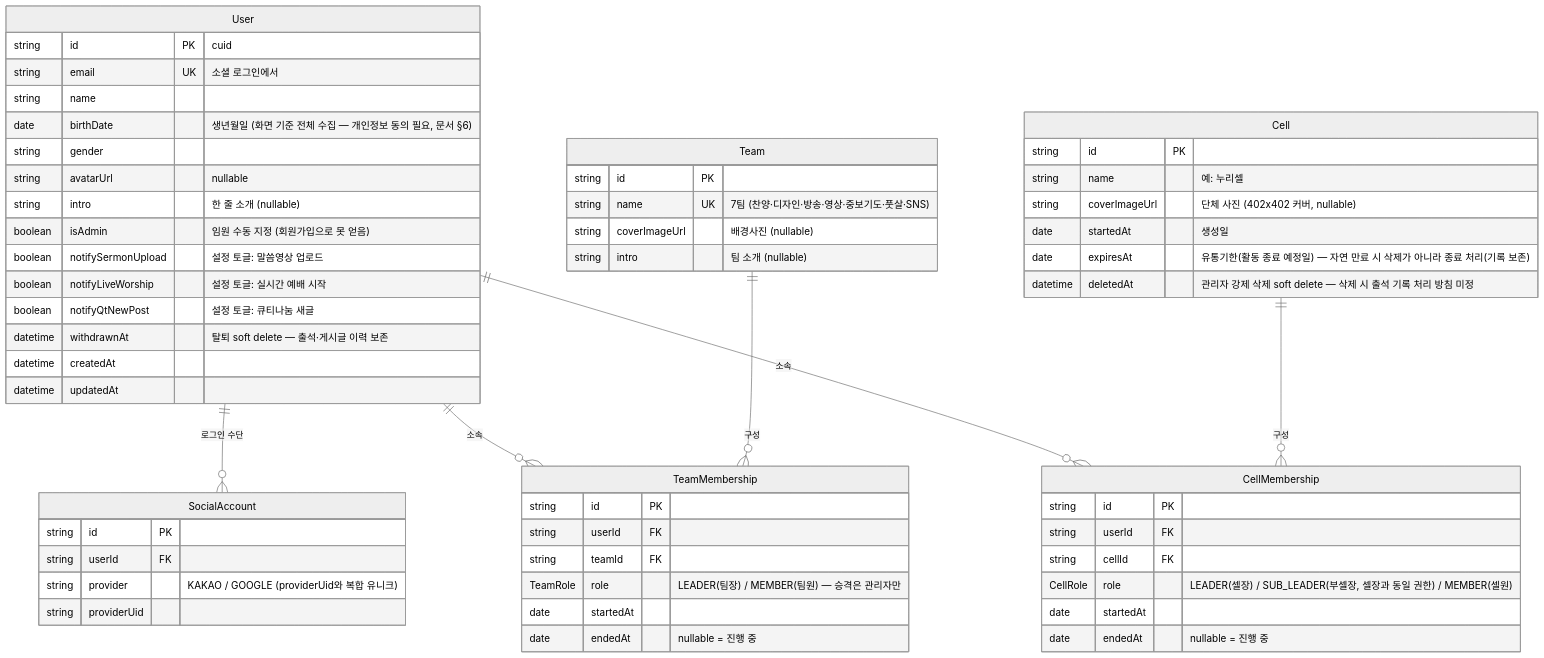
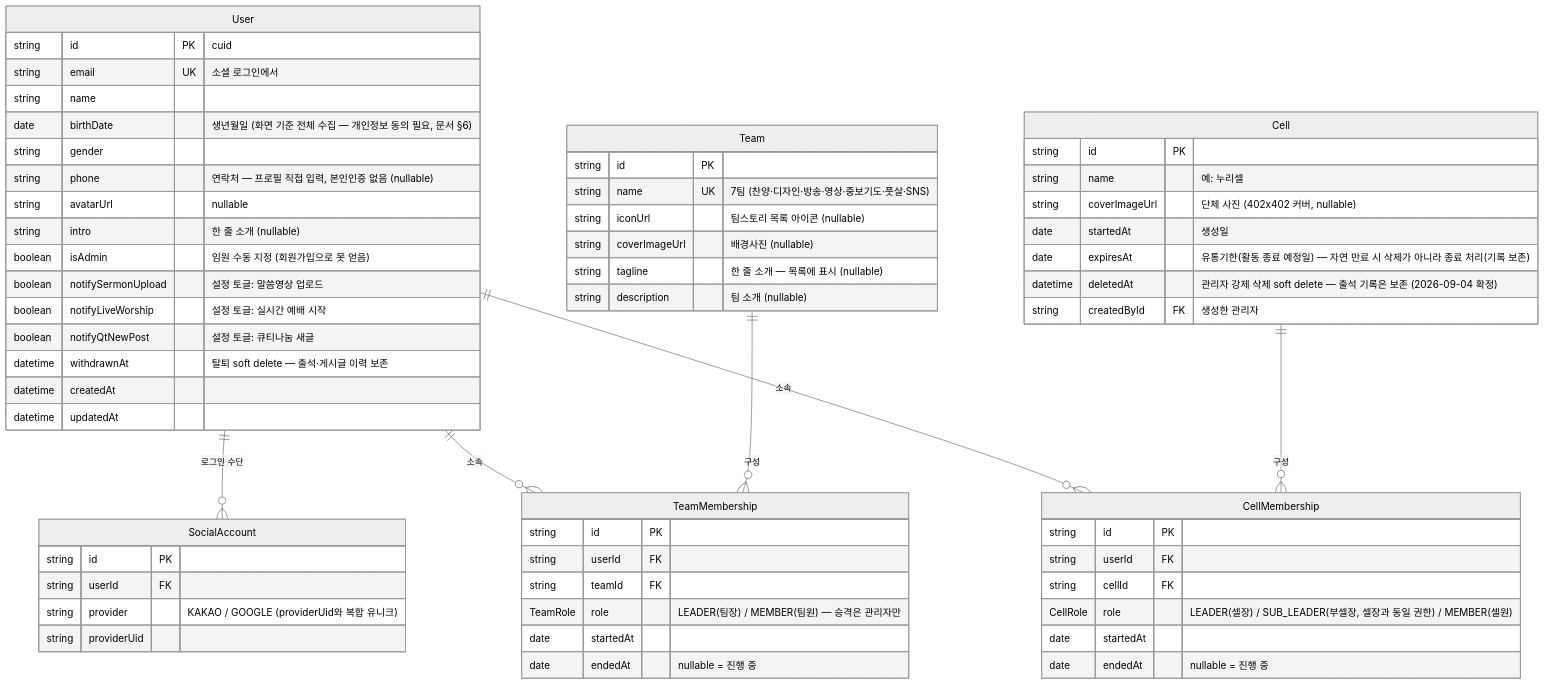
Before and after one commit to Onnuri-church/onnuri-monorepo: the first of 4 diagrams in docs/erd.md, drawn with Mermaid (neutral theme). The commit also changed other lines of this file and 15 other files, not shown here.

First line of the commit message:
SCRUM-123 feat: ERD 확정 반영 - Prisma 스키마 전환 및 로컬 DB 세팅

````diff
--- a/docs/erd.md
+++ b/docs/erd.md
@@ -10,66 +10,70 @@
 ```mermaid
 erDiagram
     User ||--o{ SocialAccount : "로그인 수단"
     User ||--o{ TeamMembership : "소속"
     Team ||--o{ TeamMembership : "구성"
     User ||--o{ CellMembership : "소속"
     Cell ||--o{ CellMembership : "구성"
 
     User {
         string id PK "cuid"
         string email UK "소셜 로그인에서"
         string name
         date birthDate "생년월일 (화면 기준 전체 수집 — 개인정보 동의 필요, 문서 §6)"
         string gender
+        string phone "연락처 — 프로필 직접 입력, 본인인증 없음 (nullable)"
         string avatarUrl "nullable"
         string intro "한 줄 소개 (nullable)"
         boolean isAdmin "임원 수동 지정 (회원가입으로 못 얻음)"
         boolean notifySermonUpload "설정 토글: 말씀영상 업로드"
         boolean notifyLiveWorship "설정 토글: 실시간 예배 시작"
         boolean notifyQtNewPost "설정 토글: 큐티나눔 새글"
         datetime withdrawnAt "탈퇴 soft delete — 출석·게시글 이력 보존"
         datetime createdAt
         datetime updatedAt
     }
 
     SocialAccount {
         string id PK
         string userId FK
         string provider "KAKAO / GOOGLE (providerUid와 복합 유니크)"
         string providerUid
     }
 
     Team {
         string id PK
         string name UK "7팀 (찬양·디자인·방송·영상·중보기도·풋살·SNS)"
+        string iconUrl "팀스토리 목록 아이콘 (nullable)"
         string coverImageUrl "배경사진 (nullable)"
-        string intro "팀 소개 (nullable)"
+        string tagline "한 줄 소개 — 목록에 표시 (nullable)"
+        string description "팀 소개 (nullable)"
     }
 
     TeamMembership {
         string id PK
         string userId FK
         string teamId FK
         TeamRole role "LEADER(팀장) / MEMBER(팀원) — 승격은 관리자만"
         date startedAt
         date endedAt "nullable = 진행 중"
     }
 
     Cell {
         string id PK
         string name "예: 누리셀"
         string coverImageUrl "단체 사진 (402x402 커버, nullable)"
         date startedAt "생성일"
         date expiresAt "유통기한(활동 종료 예정일) — 자연 만료 시 삭제가 아니라 종료 처리(기록 보존)"
-        datetime deletedAt "관리자 강제 삭제 soft delete — 삭제 시 출석 기록 처리 방침 미정"
+        datetime deletedAt "관리자 강제 삭제 soft delete — 출석 기록은 보존 (2026-09-04 확정)"
+        string createdById FK "생성한 관리자"
     }
 
     CellMembership {
         string id PK
         string userId FK
         string cellId FK
         CellRole role "LEADER(셀장) / SUB_LEADER(부셀장, 셀장과 동일 권한) / MEMBER(셀원)"
         date startedAt
         date endedAt "nullable = 진행 중"
     }
 ```
````
